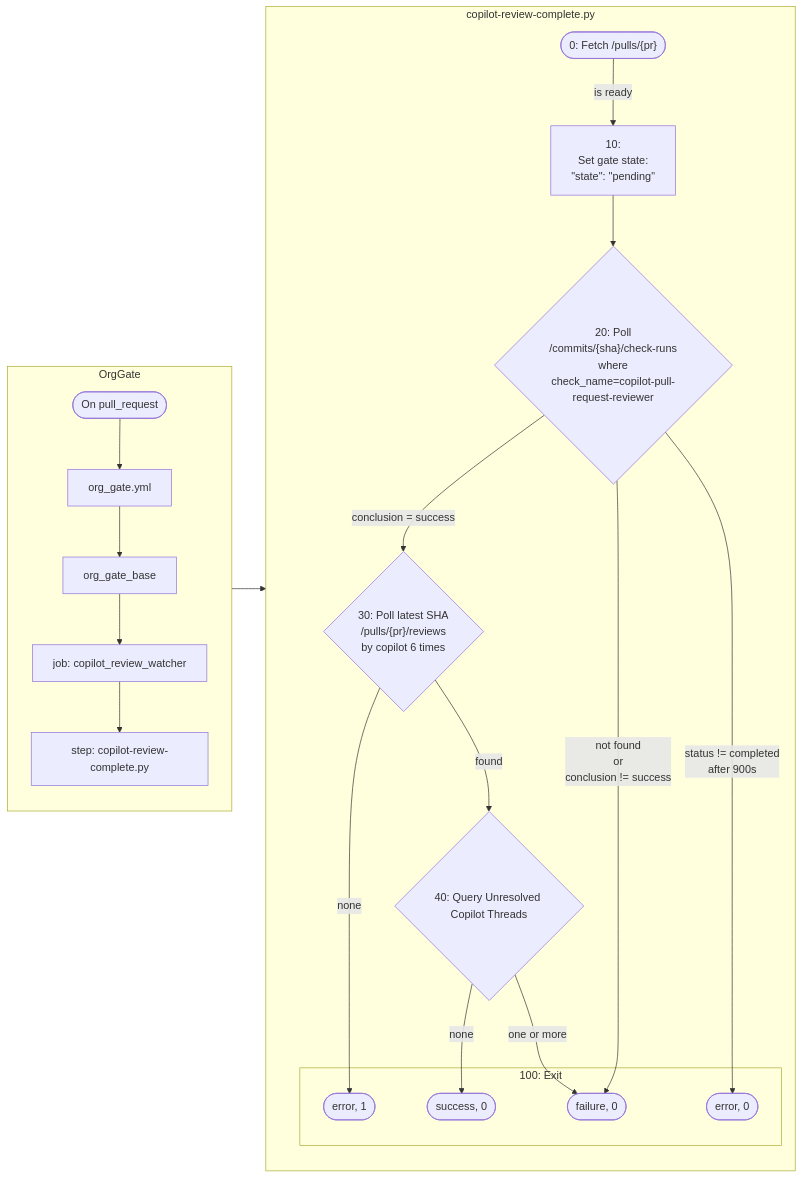
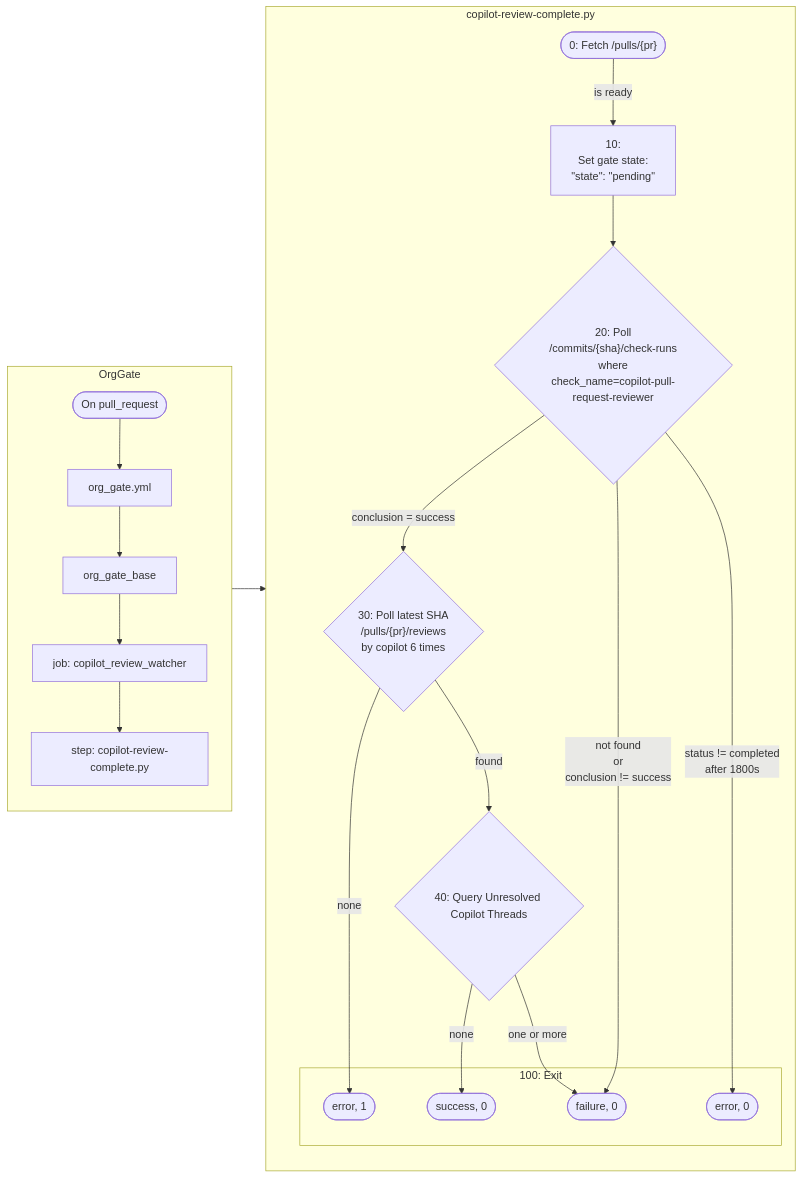
The diagram in apps/copilot-review-gate/README.md (zyplux/.github), drawn with Mermaid before and after one commit. The commit also changed other lines of this file and 8 other files, not shown here.

````diff
--- a/apps/copilot-review-gate/README.md
+++ b/apps/copilot-review-gate/README.md
@@ -11,27 +11,27 @@
 ```mermaid
 flowchart LR
     OrgGate --> copilot-review-complete
 
     subgraph OrgGate
         Event(["On pull_request"]) --> org_gate["org_gate.yml"] --> org_gate_base --> JobCRW["job: copilot_review_watcher"] --> Step["step: copilot-review-complete.py"]
     end    
 
     subgraph copilot-review-complete["copilot-review-complete.py"]
         Ready(["0: Fetch /pulls/{pr}"]) -->|is ready| Pending["10:<br/>Set gate state:<br/>#quot;state#quot;: #quot;pending#quot;"]
         Pending --> Check{"20: Poll<br/>/commits/{sha}/check-runs<br/>where<br/>check_name=copilot-pull-request-reviewer"}
         Check -->|conclusion = success| Review{"30: Poll latest SHA<br/>/pulls/{pr}/reviews<br/>by copilot 6 times"}
         Review -->|found| Threads{"40: Query Unresolved Copilot Threads"}
         Review -->|none| ReviewError(["error, 1"])
         Threads -->|none| Success(["success, 0"])
         Threads -->|one or more| Failure
         Check -->|not found<br/>or<br/>conclusion != success| Failure(["failure, 0"])
-        Check -->|status != completed<br/>after 900s| TimedError(["error, 0"])        
+        Check -->|status != completed<br/>after 1800s| TimedError(["error, 0"])
         
         subgraph Exit["100: Exit"]
           TimedError
           Failure
           Success
           ReviewError                
         end
     end    
 ```
````
